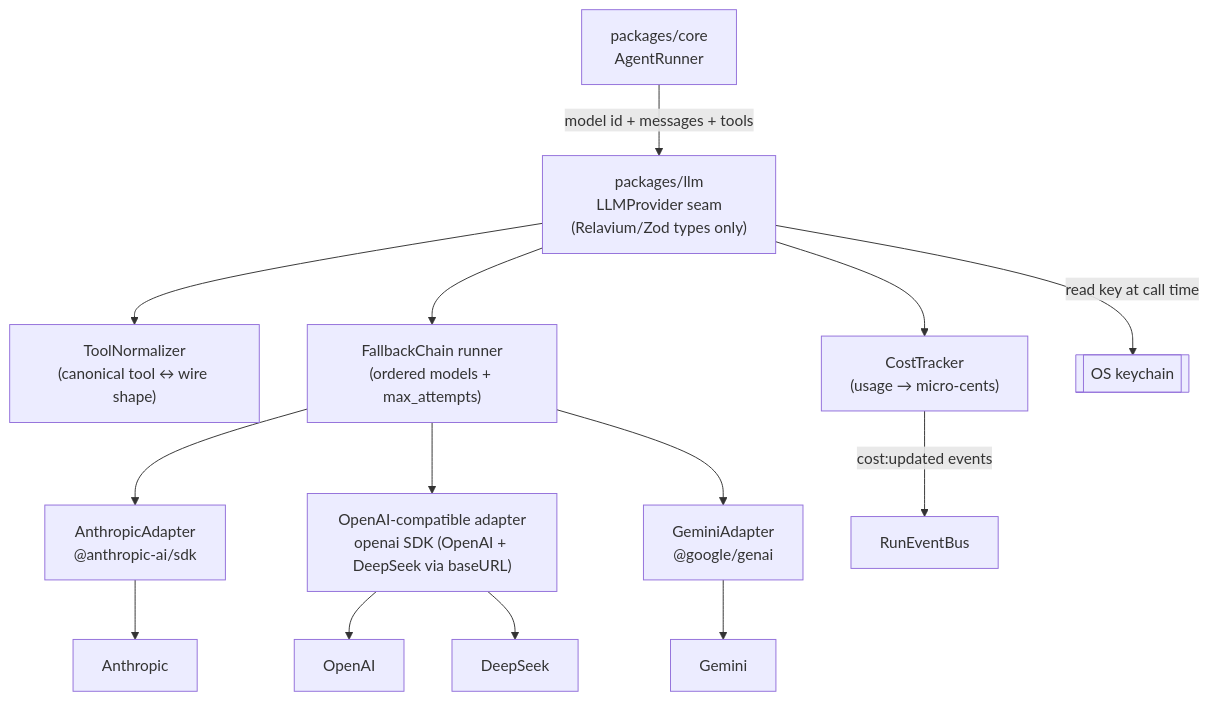
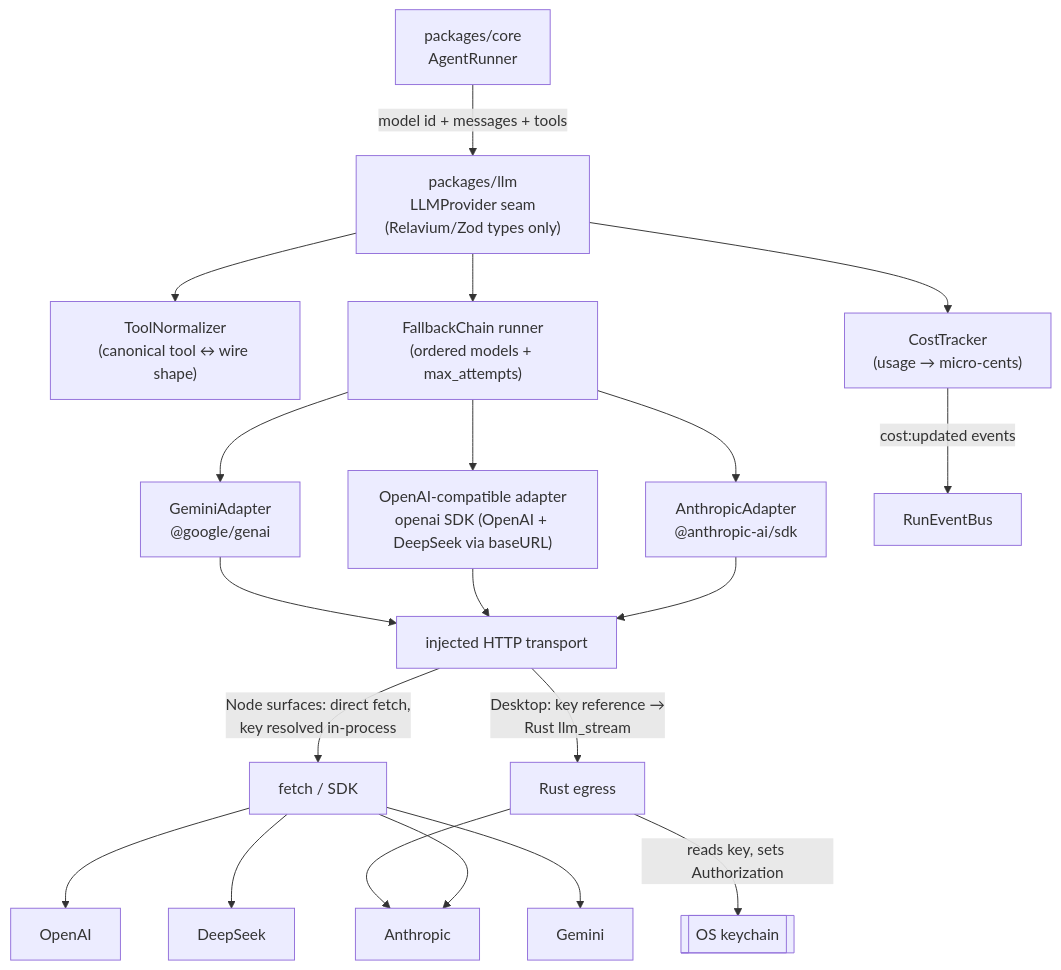
The first of 2 diagrams in docs/architecture/multi-llm-providers.md (HodeTech/Relavium), drawn with Mermaid before and after one commit. The commit also changed other lines of this file and 33 other files, not shown here.

````diff
--- a/docs/architecture/multi-llm-providers.md
+++ b/docs/architecture/multi-llm-providers.md
@@ -22,16 +22,22 @@
 ```mermaid
 flowchart TB
     Core["packages/core<br/>AgentRunner"] -->|model id + messages + tools| Seam["packages/llm<br/>LLMProvider seam<br/>(Relavium/Zod types only)"]
     Seam --> Norm["ToolNormalizer<br/>(canonical tool ↔ wire shape)"]
     Seam --> FB["FallbackChain runner<br/>(ordered models + max_attempts)"]
     Seam --> Cost["CostTracker<br/>(usage → micro-cents)"]
     FB --> AAdapter["AnthropicAdapter<br/>@anthropic-ai/sdk"]
     FB --> OAdapter["OpenAI-compatible adapter<br/>openai SDK (OpenAI + DeepSeek via baseURL)"]
     FB --> GAdapter["GeminiAdapter<br/>@google/genai"]
     Cost -->|cost:updated events| Bus["RunEventBus"]
-    Seam -->|read key at call time| KC[["OS keychain"]]
-    AAdapter --> Anthropic["Anthropic"]
-    OAdapter --> OpenAI["OpenAI"]
-    OAdapter --> DeepSeek["DeepSeek"]
-    GAdapter --> Gemini["Gemini"]
+    AAdapter --> XP["injected HTTP transport"]
+    OAdapter --> XP
+    GAdapter --> XP
+    XP -->|Node surfaces: direct fetch,<br/>key resolved in-process| Direct["fetch / SDK"]
+    XP -->|"Desktop: key reference →<br/>Rust llm_stream"| Rust["Rust egress"]
+    Rust -->|reads key, sets Authorization| KC[["OS keychain"]]
+    Direct --> Anthropic["Anthropic"]
+    Rust --> Anthropic
+    Direct --> OpenAI["OpenAI"]
+    Direct --> DeepSeek["DeepSeek"]
+    Direct --> Gemini["Gemini"]
 ```
````
